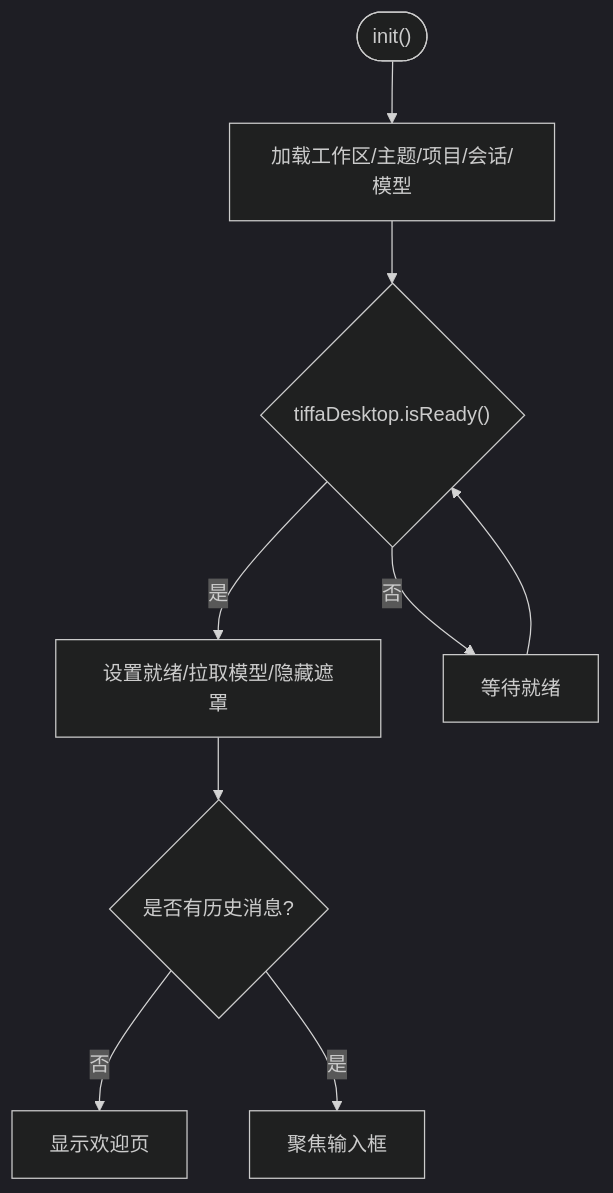
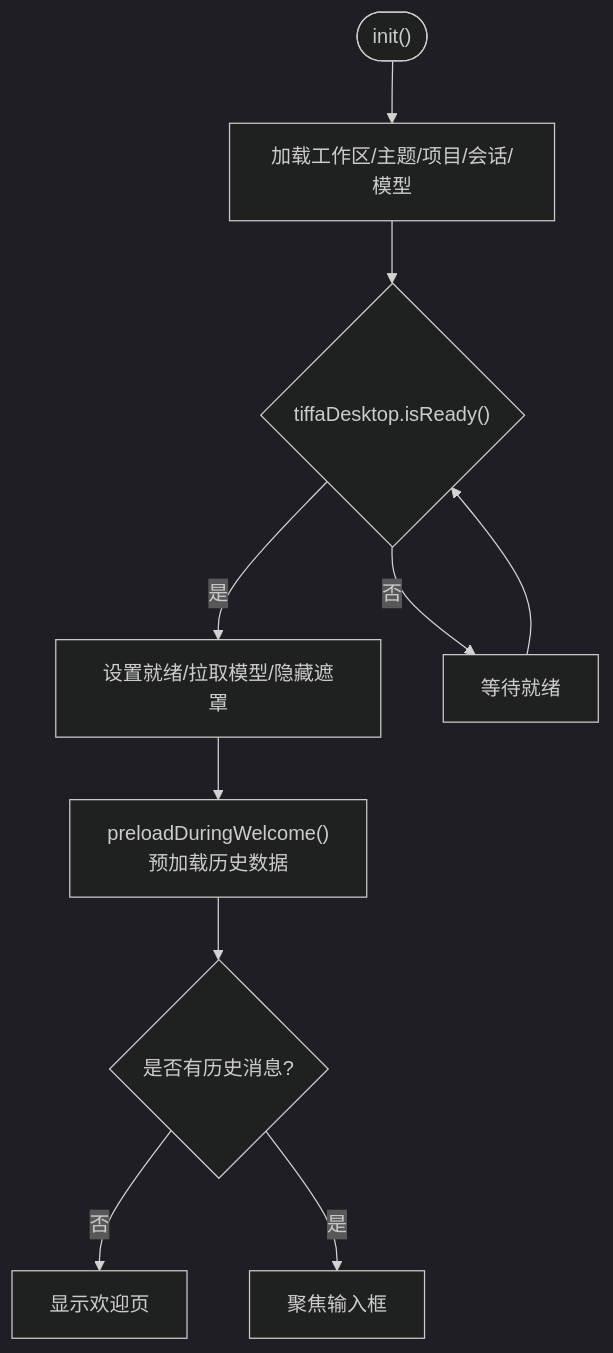
Before and after one commit to swond-Mao/Tiffa: the fifth of 6 diagrams in .qoder/repowiki/zh/content/用户界面/前端架构概览.md, drawn with Mermaid (dark theme). The commit also changed other lines of this file and 25 other files, not shown here.

````diff
--- a/.qoder/repowiki/zh/content/用户界面/前端架构概览.md
+++ b/.qoder/repowiki/zh/content/用户界面/前端架构概览.md
@@ -250,11 +287,12 @@
 ```mermaid
 flowchart TD
 Start(["init()"]) --> LoadState["加载工作区/主题/项目/会话/模型"]
 LoadState --> ReadyCheck{"tiffaDesktop.isReady()"}
 ReadyCheck --> |是| SetReady["设置就绪/拉取模型/隐藏遮罩"]
 ReadyCheck --> |否| WaitReady["等待就绪"]
-SetReady --> ShowWelcome{"是否有历史消息?"}
+SetReady --> Preload["preloadDuringWelcome()<br/>预加载历史数据"]
+Preload --> ShowWelcome{"是否有历史消息?"}
 ShowWelcome --> |否| Welcome["显示欢迎页"]
 ShowWelcome --> |是| FocusInput["聚焦输入框"]
 WaitReady --> ReadyCheck
 ```
````
